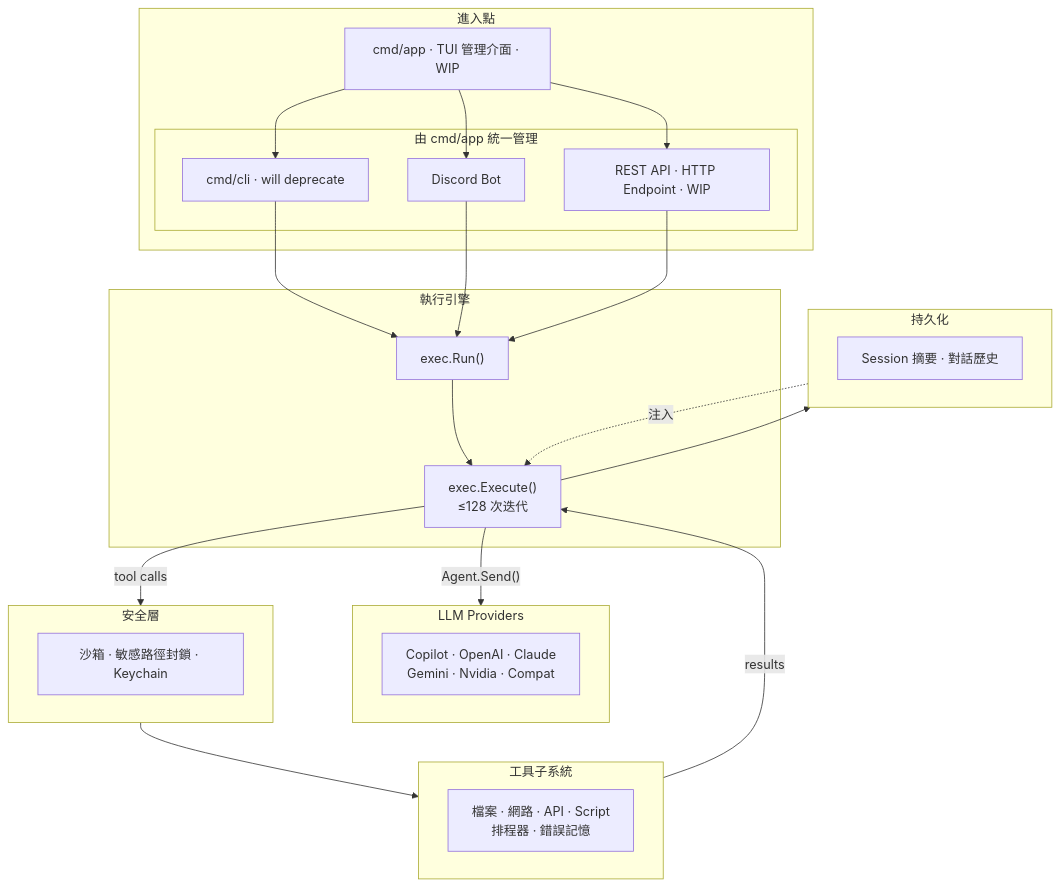
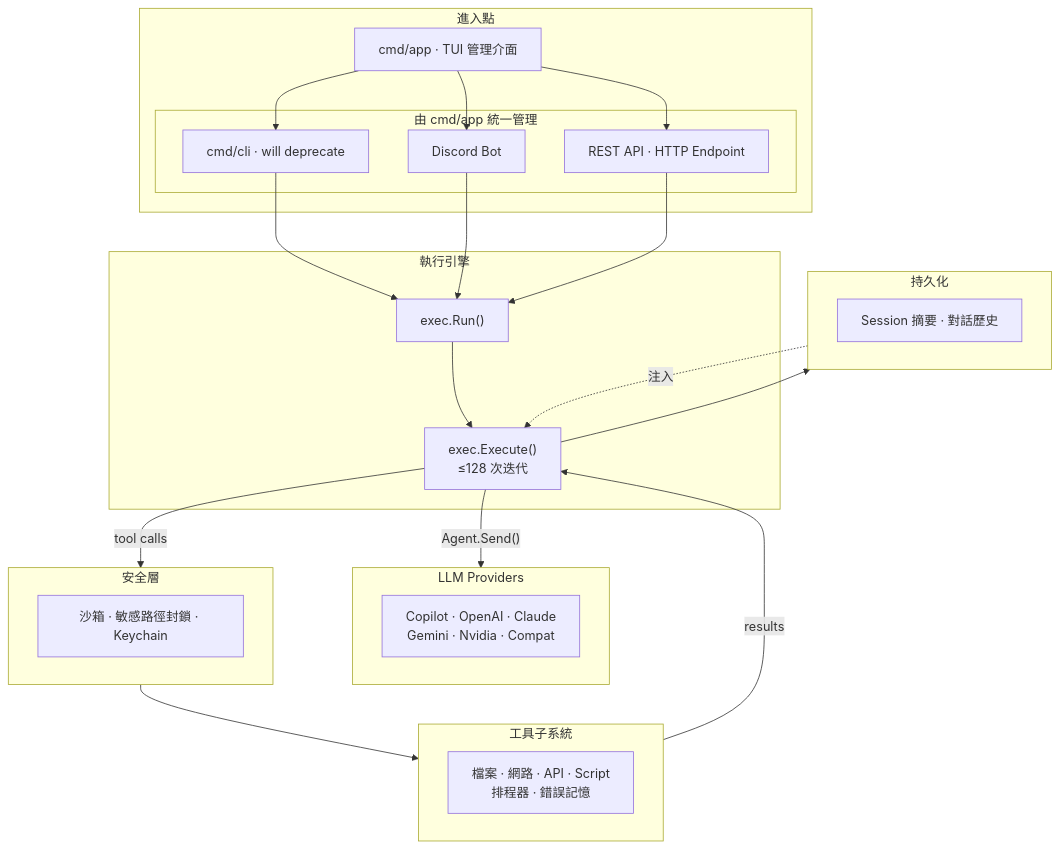
One commit to pardnchiu/Agenvoy changed the diagram in doc/README.zh.md. Above: the diagram before and after it, drawn with Mermaid. The commit also changed other lines of this file and 6 other files, not shown here.

Commit message:
release: v0.17.0 Introduced a full REST API, added a TUI dashboard

````diff
--- a/doc/README.zh.md
+++ b/doc/README.zh.md
@@ -52,46 +52,46 @@
 ```mermaid
 graph TB
     subgraph Entry ["進入點"]
-        App["cmd/app · TUI 管理介面 · WIP"]
+        App["cmd/app · TUI 管理介面"]
         subgraph Managed ["由 cmd/app 統一管理"]
             CLI["cmd/cli · will deprecate"]
             Discord["Discord Bot"]
-            API["REST API · HTTP Endpoint · WIP"]
+            API["REST API · HTTP Endpoint"]
         end
     end
 
     subgraph Engine ["執行引擎"]
         Run["exec.Run()"]
         Execute["exec.Execute()\n≤128 次迭代"]
     end
 
     subgraph Providers ["LLM Providers"]
         P["Copilot · OpenAI · Claude\nGemini · Nvidia · Compat"]
     end
 
     subgraph Security ["安全層"]
         S["沙箱 · 敏感路徑封鎖 · Keychain"]
     end
 
     subgraph Tools ["工具子系統"]
         T["檔案 · 網路 · API · Script\n排程器 · 錯誤記憶"]
     end
 
     subgraph Persistence ["持久化"]
         PS["Session 摘要 · 對話歷史"]
     end
 
     App --> CLI
     App --> Discord
     App --> API
     CLI --> Run
     Discord --> Run
     API --> Run
     Run --> Execute
     Execute -->|"Agent.Send()"| Providers
     Execute -->|"tool calls"| Security
     Security --> Tools
     Tools -->|"results"| Execute
     Execute --> Persistence
     Persistence -.->|"注入"| Execute
 ```
````
